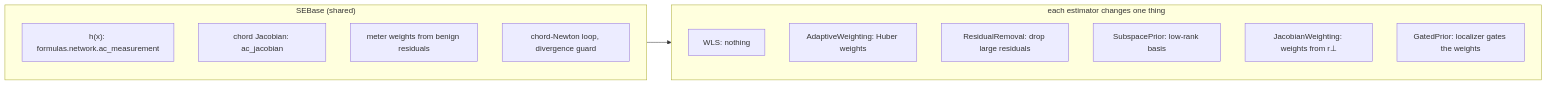
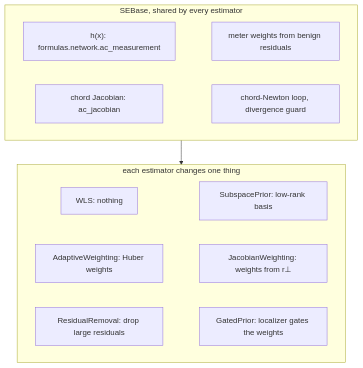
Before and after one commit to myersben9/fdia-graph: the first of 3 diagrams in docs/se/README.md, drawn with Mermaid. The commit also changed 5 other files, not shown here.

First line of the commit message:
Docs: redraw the diagrams GitHub lays out badly, concepts page on the attack-vector construction (#107)

````diff
--- a/docs/se/README.md
+++ b/docs/se/README.md
@@ -18,18 +18,13 @@
 ```mermaid
-flowchart LR
-    subgraph shared["SEBase (shared)"]
-        h["h(x): formulas.network.ac_measurement"]
-        H["chord Jacobian: ac_jacobian"]
-        w["meter weights from benign residuals"]
-        it["chord-Newton loop, divergence guard"]
+flowchart TB
+    subgraph shared["SEBase, shared by every estimator"]
+        h["h(x): formulas.network.ac_measurement"] ~~~ w["meter weights from benign residuals"]
+        H["chord Jacobian: ac_jacobian"] ~~~ it["chord-Newton loop, divergence guard"]
     end
     subgraph one["each estimator changes one thing"]
-        WLS["WLS: nothing"]
-        AW["AdaptiveWeighting: Huber weights"]
-        RR["ResidualRemoval: drop large residuals"]
-        SP["SubspacePrior: low-rank basis"]
-        JW["JacobianWeighting: weights from r⊥"]
-        GP["GatedPrior: localizer gates the weights"]
+        WLS["WLS: nothing"] ~~~ SP["SubspacePrior: low-rank basis"]
+        AW["AdaptiveWeighting: Huber weights"] ~~~ JW["JacobianWeighting: weights from r⊥"]
+        RR["ResidualRemoval: drop large residuals"] ~~~ GP["GatedPrior: localizer gates the weights"]
     end
     shared --> one
 ```
````
